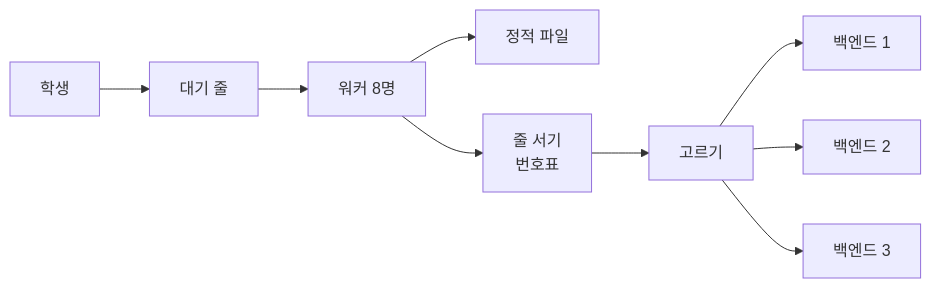
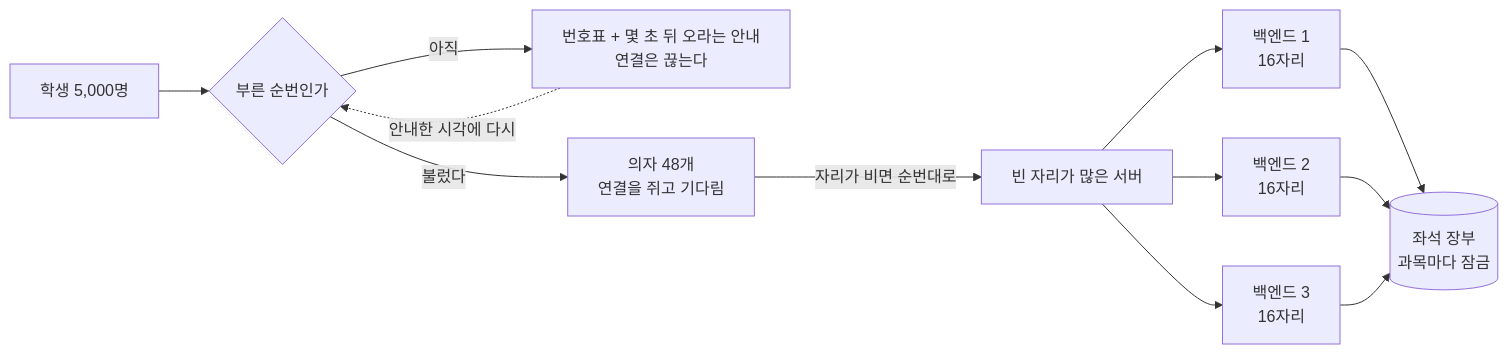
The first of 2 diagrams in README.md (pinn99k/jungle_web_server), drawn with Mermaid before and after one commit. The commit also changed other lines of this file and 1 other file, not shown here.

````diff
--- a/README.md
+++ b/README.md
@@ -15,9 +14,12 @@
 ```mermaid
 flowchart LR
-  S[학생] --> Q[대기 줄] --> W[워커 8명]
-  W --> F[정적 파일]
-  W --> G[줄 서기<br/>번호표] --> B[고르기]
-  B --> B1[백엔드 1]
-  B --> B2[백엔드 2]
-  B --> B3[백엔드 3]
+  S[학생 5,000명] --> G{부른 순번인가}
+  G -- 아직 --> W[번호표 + 몇 초 뒤 오라는 안내<br/>연결은 끊는다]
+  W -. 안내한 시각에 다시 .-> G
+  G -- 불렀다 --> C[의자 48개<br/>연결을 쥐고 기다림]
+  C -- 자리가 비면 순번대로 --> B[빈 자리가 많은 서버]
+  B --> B1[백엔드 1<br/>16자리]
+  B --> B2[백엔드 2<br/>16자리]
+  B --> B3[백엔드 3<br/>16자리]
+  B1 & B2 & B3 --> L[(좌석 장부<br/>과목마다 잠금)]
 ```
````
